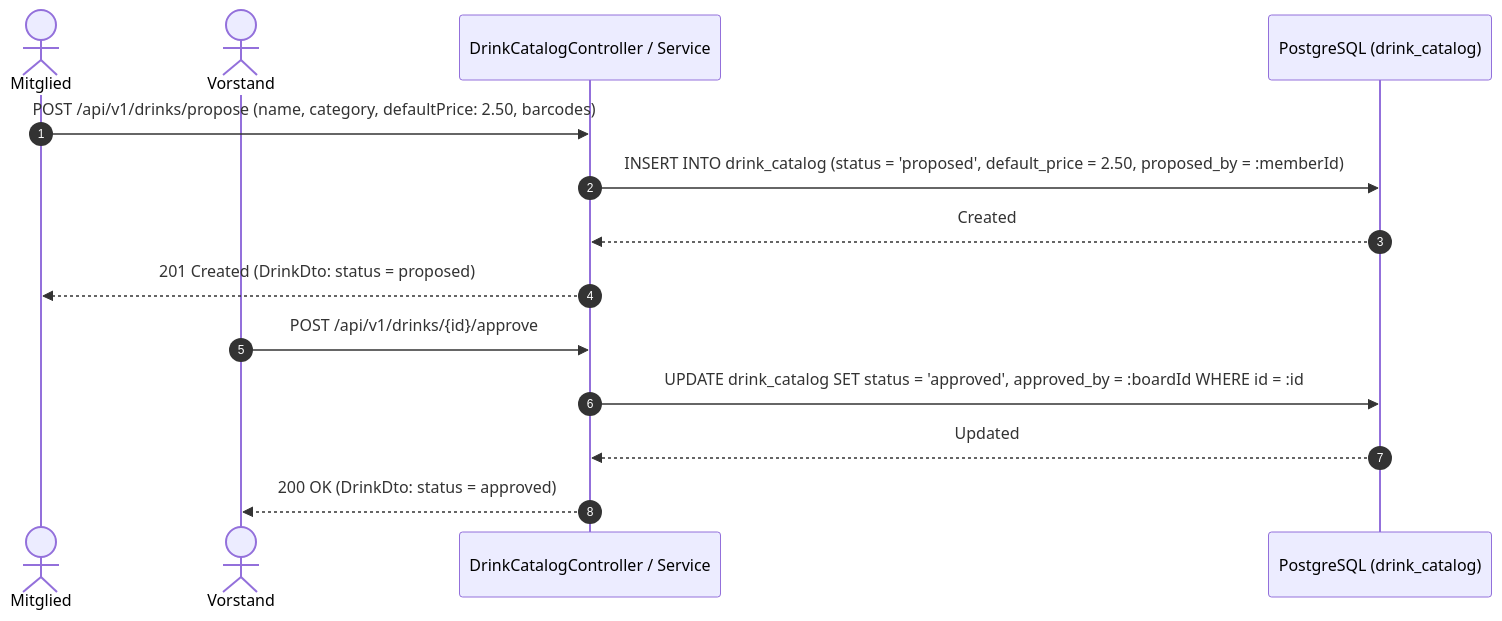
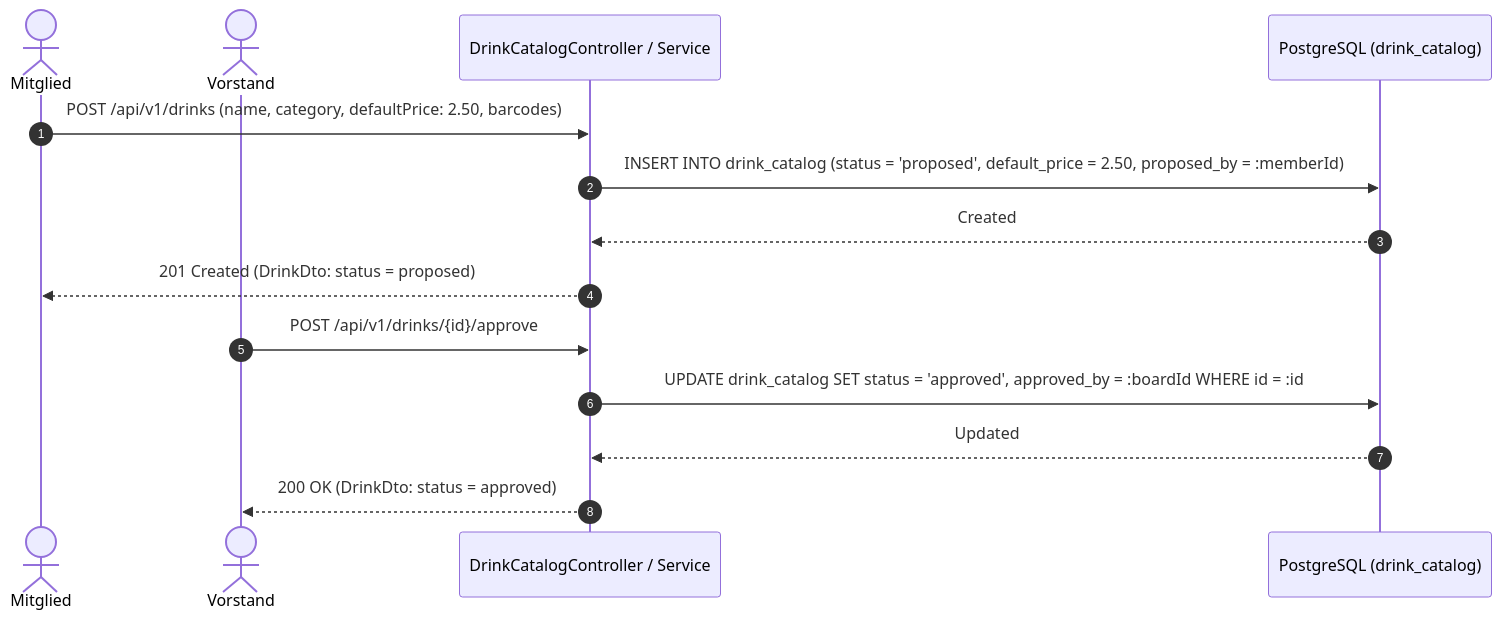
One commit to damaurer/vereint changed the diagram in docs/domains/drink-catalog-and-sublists.md. Above: the diagram before and after it, drawn with Mermaid. The commit also changed other lines of this file and 20 other files, not shown here.

````diff
--- a/docs/domains/drink-catalog-and-sublists.md
+++ b/docs/domains/drink-catalog-and-sublists.md
@@ -100,18 +104,18 @@
 ```mermaid
 sequenceDiagram
     autonumber
     actor Member as Mitglied
     actor Board as Vorstand
     participant Spring as DrinkCatalogController / Service
     participant DB as PostgreSQL (drink_catalog)
 
-    Member->>Spring: POST /api/v1/drinks/propose (name, category, defaultPrice: 2.50, barcodes)
+    Member->>Spring: POST /api/v1/drinks (name, category, defaultPrice: 2.50, barcodes)
     Spring->>DB: INSERT INTO drink_catalog (status = 'proposed', default_price = 2.50, proposed_by = :memberId)
     DB-->>Spring: Created
     Spring-->>Member: 201 Created (DrinkDto: status = proposed)
 
     Board->>Spring: POST /api/v1/drinks/{id}/approve
     Spring->>DB: UPDATE drink_catalog SET status = 'approved', approved_by = :boardId WHERE id = :id
     DB-->>Spring: Updated
     Spring-->>Board: 200 OK (DrinkDto: status = approved)
 ```
````
